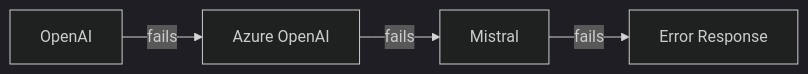
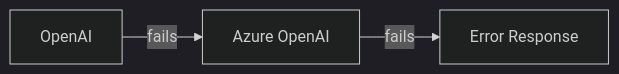
Before and after one commit to jmfloreszazo/yarp_aigateway: the sixth of 8 diagrams in README.md, drawn with Mermaid (dark theme). The commit also changed other lines of this file and 9 other files, not shown here.

````diff
--- a/README.md
+++ b/README.md
@@ -440,6 +555,5 @@
 ```mermaid
 graph LR
     OAI[OpenAI] -- fails --> AZ[Azure OpenAI]
-    AZ -- fails --> MI[Mistral]
-    MI -- fails --> ERR[Error Response]
+    AZ -- fails --> ERR[Error Response]
 ```
````
